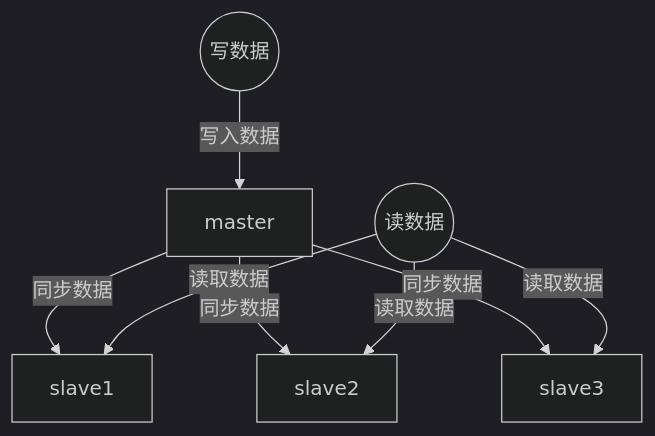
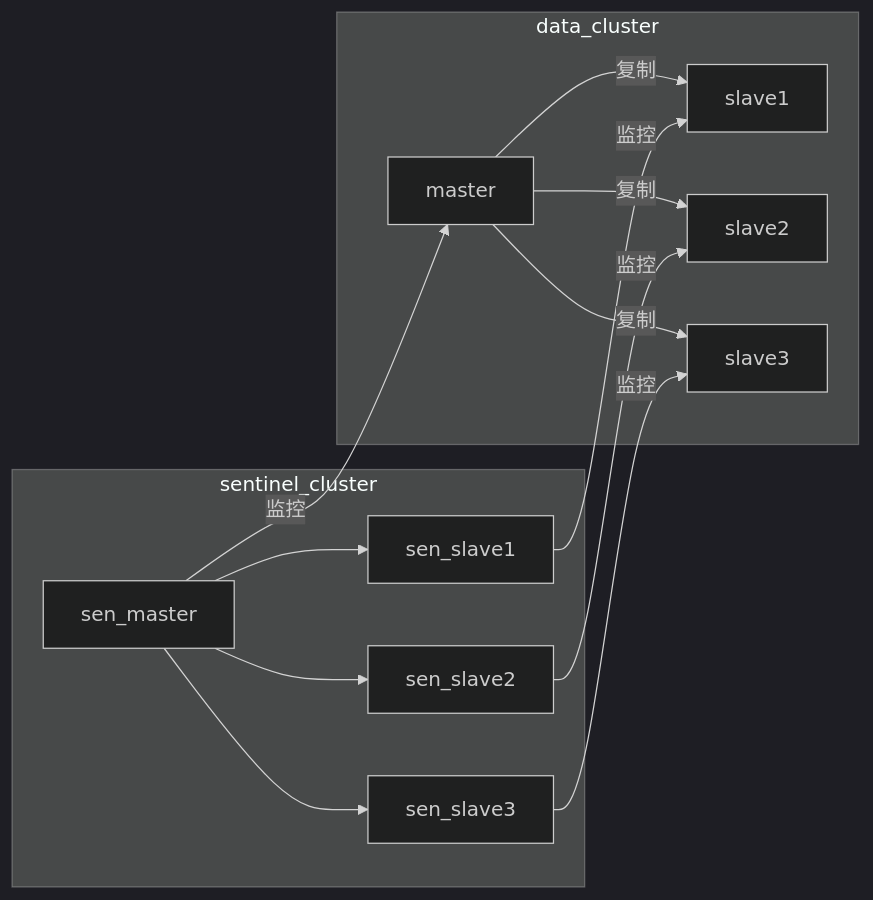
Before and after one commit to Candrakirti/Kafka: the first of 2 diagrams in Redis/redis高可用.md, drawn with Mermaid (dark theme). The commit also changed other lines of this file and 7 other files, not shown here.

````diff
--- a/Redis/redis高可用.md
+++ b/Redis/redis高可用.md
@@ -15,10 +42,17 @@
 ```mermaid
-graph TB
-	A((写数据))--写入数据-->master
-	master--同步数据-->slave1
-	master--同步数据-->slave2
-	master--同步数据-->slave3
-	B((读数据))--读取数据-->slave1
-	B((读数据))--读取数据-->slave2
-	B((读数据))--读取数据-->slave3
+graph LR
+	subgraph sentinel_cluster
+		sen_master-->sen_slave1
+		sen_master-->sen_slave2
+		sen_master-->sen_slave3
+	end 
+	subgraph data_cluster
+		master --复制--> slave1
+		master --复制--> slave2
+		master --复制--> slave3
+	end
+	sen_master --监控--> master
+  sen_slave1 --监控--> slave1
+  sen_slave2 --监控--> slave2
+  sen_slave3 --监控--> slave3
 ```
````
